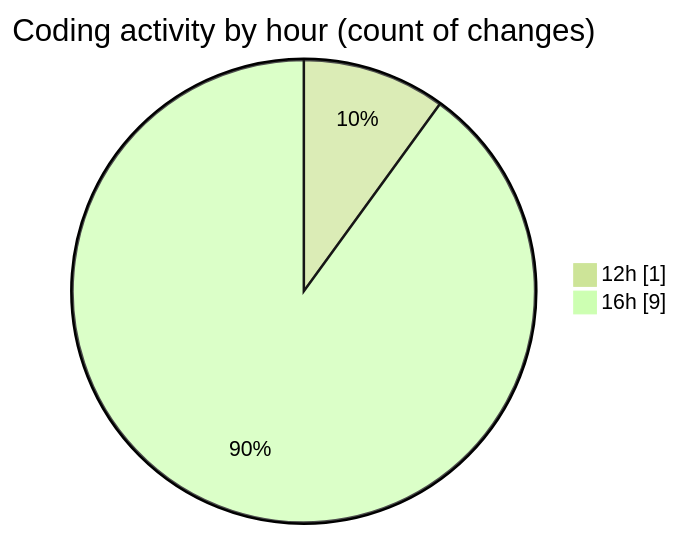
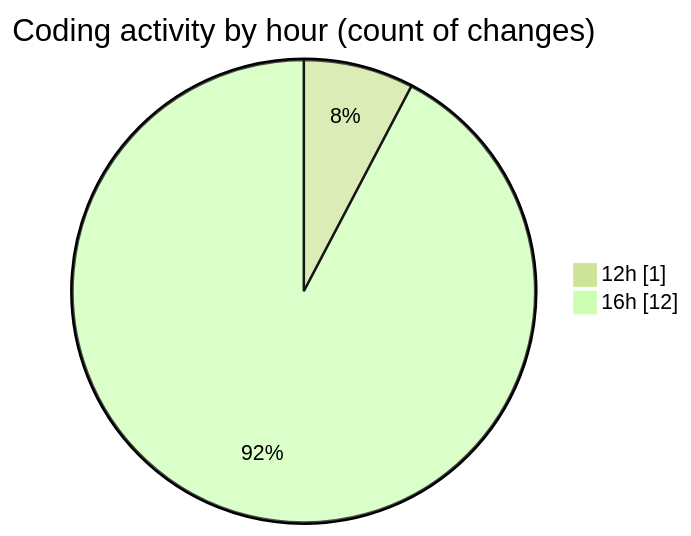
The second of 2 diagrams in 2025-02-22/elitegpt/README.md (Elitesun/code-tracking), drawn with Mermaid (forest theme) before and after one commit. The commit also changed other lines of this file and 1 other file, not shown here.

````diff
--- a/2025-02-22/elitegpt/README.md
+++ b/2025-02-22/elitegpt/README.md
@@ -30,6 +31,6 @@
 ```mermaid
 pie showData
 title Coding activity by hour (count of changes)
 "12h" : 1
-"16h" : 9
+"16h" : 12
 ```
````
